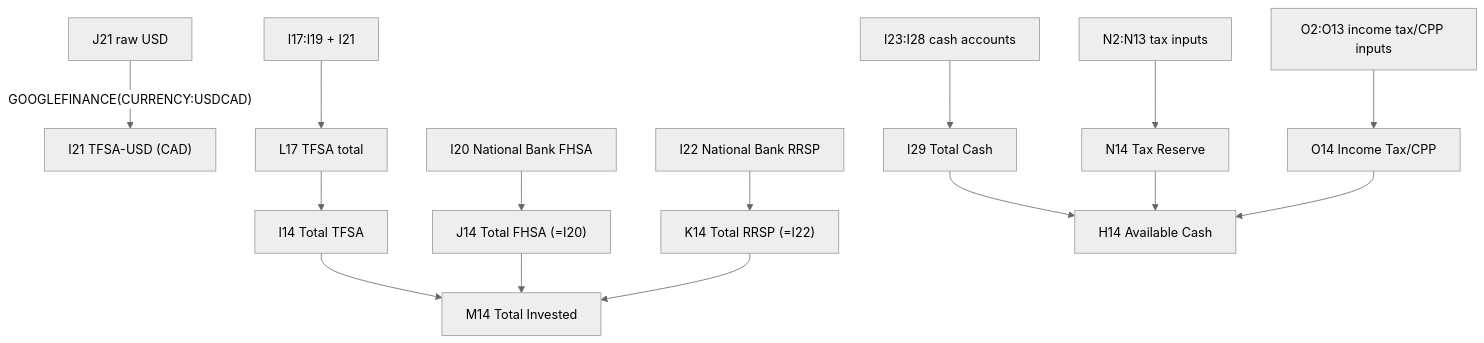
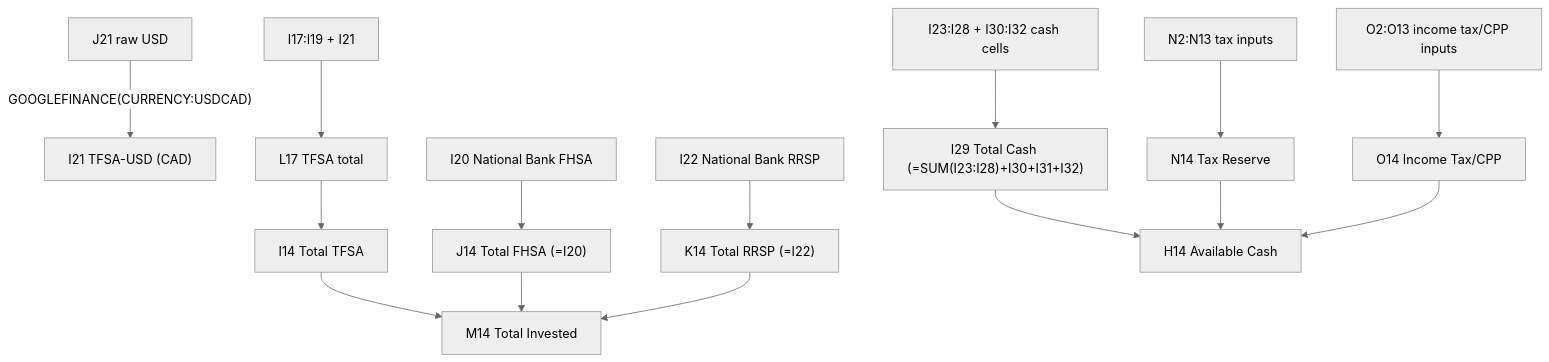
One commit to Geng-Geng8/personal-finance-assets changed the diagram in docs/03_Google_Sheet_Data_Model.md. Above: the diagram before and after it, drawn with Mermaid (neutral theme). The commit also changed other lines of this file, not shown here.

Commit message:
docs(sheet): correct I29 Total Cash formula and account area heading

````diff
--- a/docs/03_Google_Sheet_Data_Model.md
+++ b/docs/03_Google_Sheet_Data_Model.md
@@ -86,17 +86,17 @@
 ```mermaid
 flowchart TD
     J21["J21 raw USD"] -->|"GOOGLEFINANCE(CURRENCY:USDCAD)"| I21["I21 TFSA-USD (CAD)"]
     TFSA["I17:I19 + I21"] --> L17["L17 TFSA total"]
     L17 --> I14["I14 Total TFSA"]
     I20["I20 National Bank FHSA"] --> J14["J14 Total FHSA (=I20)"]
     I22["I22 National Bank RRSP"] --> K14["K14 Total RRSP (=I22)"]
     I14 --> M14["M14 Total Invested"]
     J14 --> M14
     K14 --> M14
-    CASH["I23:I28 cash accounts"] --> I29["I29 Total Cash"]
+    CASH["I23:I28 + I30:I32 cash cells"] --> I29["I29 Total Cash (=SUM(I23:I28)+I30+I31+I32)"]
     N["N2:N13 tax inputs"] --> N14["N14 Tax Reserve"]
     O["O2:O13 income tax/CPP inputs"] --> O14["O14 Income Tax/CPP"]
     I29 --> H14["H14 Available Cash"]
     N14 --> H14
     O14 --> H14
 ```
````
